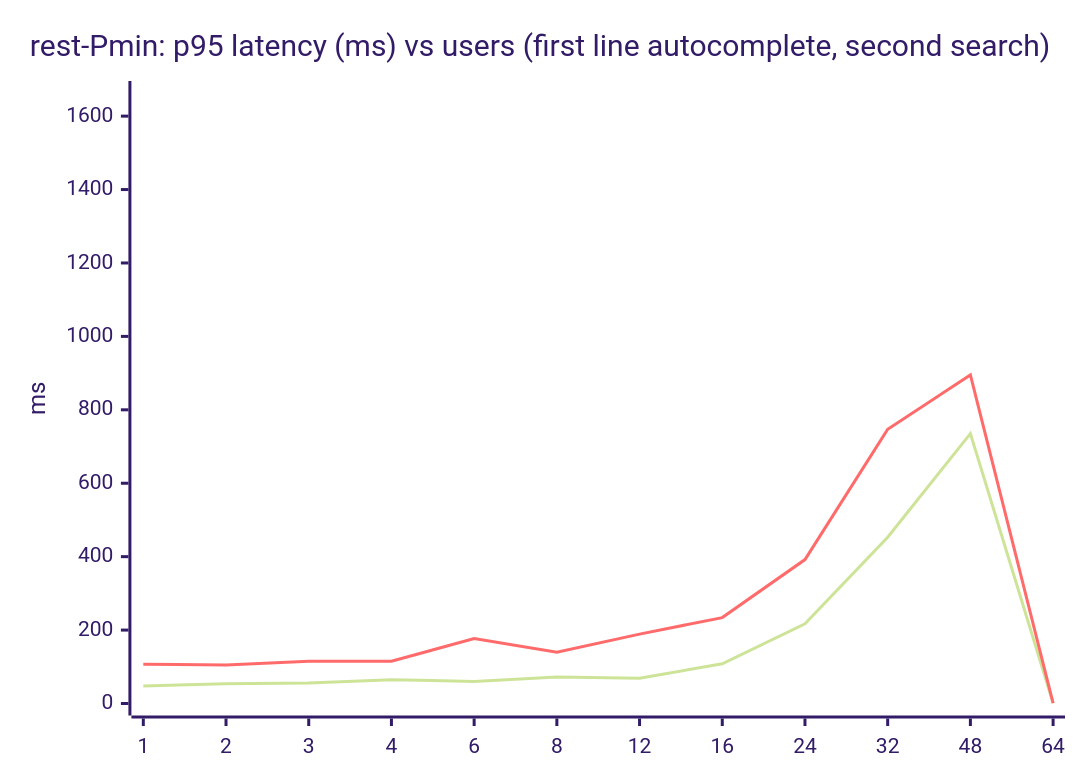
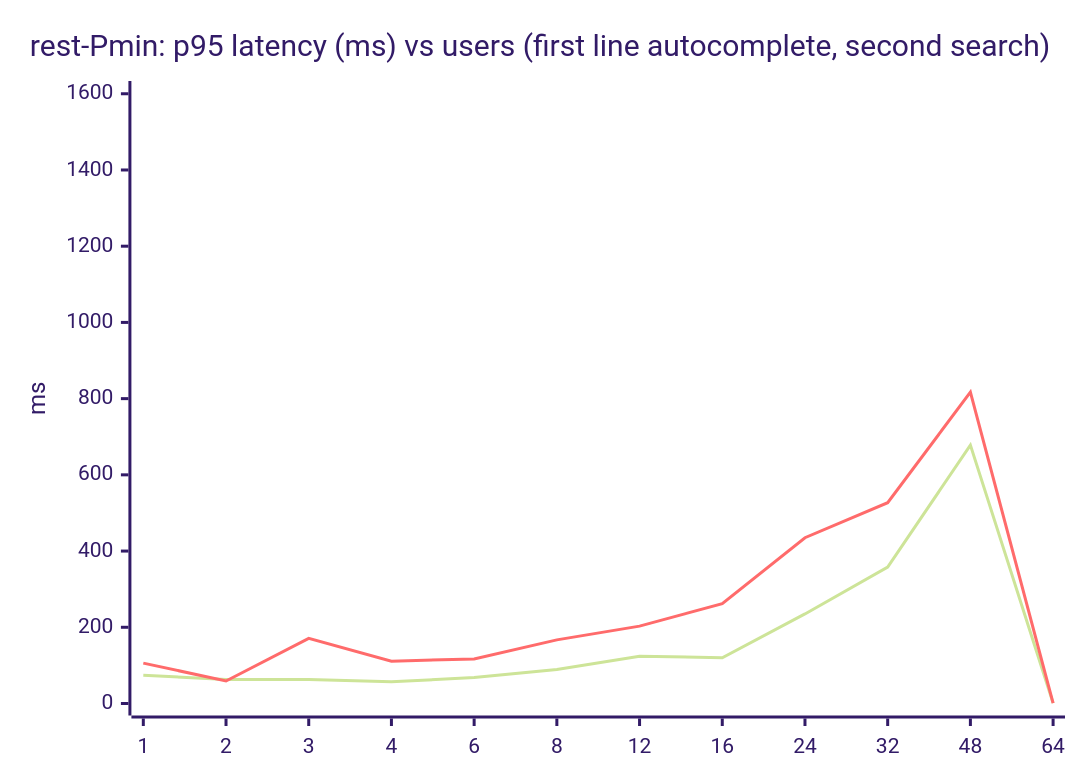
Before and after one commit to johnzastrow/pgeo: diagram 13 of 13 in docs/LOAD_TEST_RESULTS_PGEO.md, drawn with Mermaid (forest theme). The commit also changed other lines of this file and 3 other files, not shown here.

````diff
--- a/docs/LOAD_TEST_RESULTS_PGEO.md
+++ b/docs/LOAD_TEST_RESULTS_PGEO.md
@@ -381,8 +379,8 @@
 ```mermaid
 xychart-beta
     title "rest-Pmin: p95 latency (ms) vs users (first line autocomplete, second search)"
     x-axis [1, 2, 3, 4, 6, 8, 12, 16, 24, 32, 48, 64]
-    y-axis "ms" 0 --> 1663
-    line [48, 54, 56, 65, 60, 72, 69, 108, 217, 453, 735, 1,391]
-    line [107, 105, 115, 115, 177, 140, 189, 234, 392, 747, 895, 1,512]
+    y-axis "ms" 0 --> 1602
+    line [74, 63, 63, 57, 68, 89, 124, 120, 235, 358, 678, 1,261]
+    line [106, 59, 171, 111, 117, 167, 203, 262, 435, 527, 817, 1,457]
 ```
````
